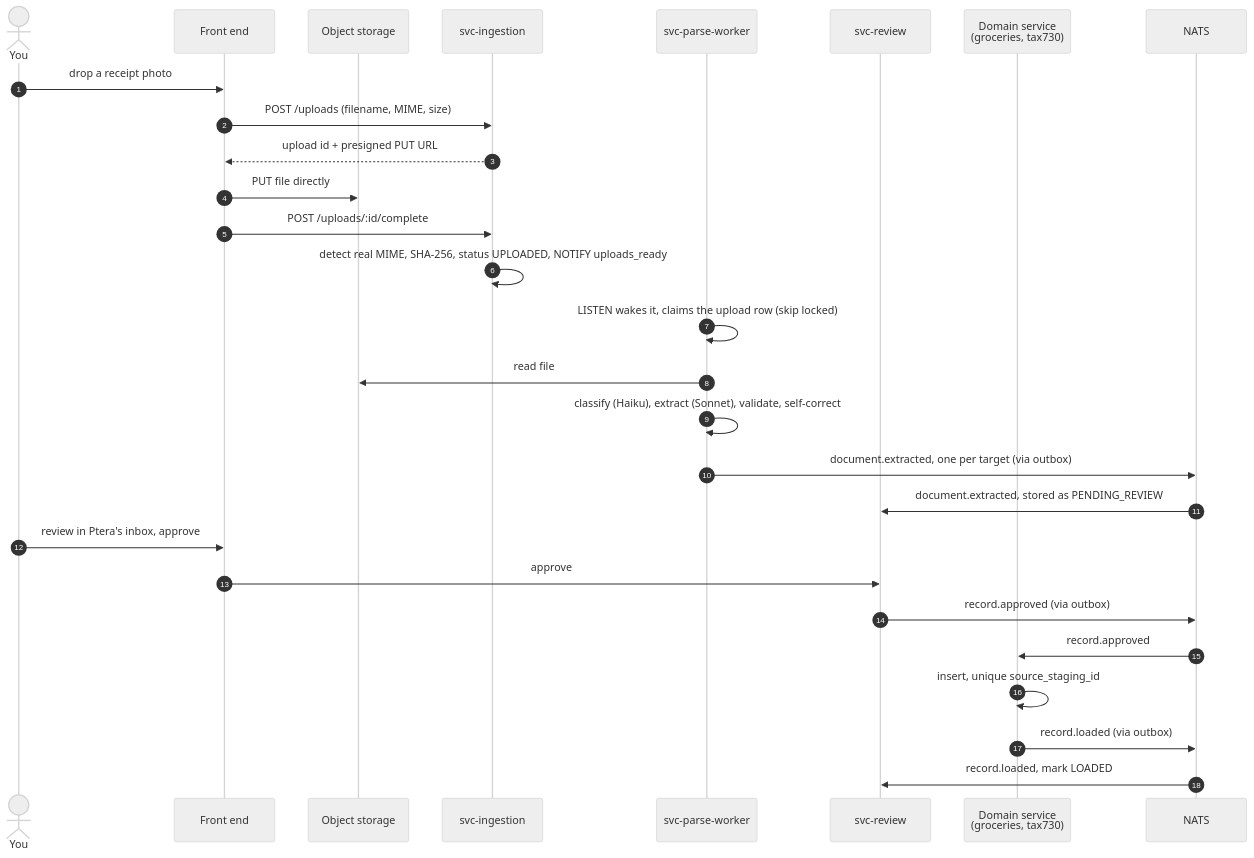
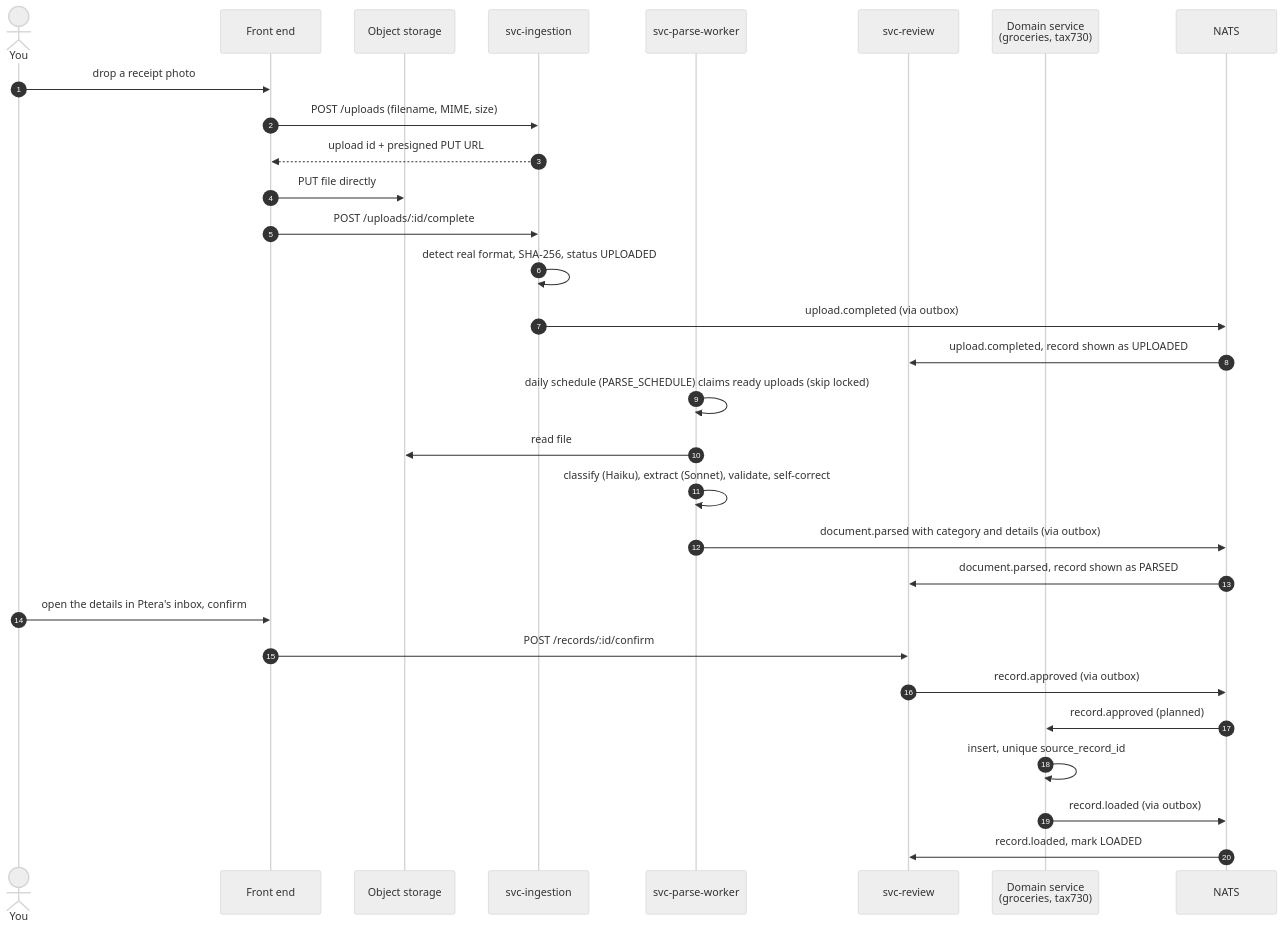
One commit to albertoscandolara/life-island changed the second of 2 diagrams in docs/overview.md. Above: the diagram before and after it, drawn with Mermaid (neutral theme). The commit also changed other lines of this file and 213 other files, not shown here.

````diff
--- a/docs/overview.md
+++ b/docs/overview.md
@@ -69,31 +69,33 @@
 ```mermaid
 sequenceDiagram
   autonumber
   actor You
   participant FE as Front end
   participant S3 as Object storage
   participant ING as svc-ingestion
   participant W as svc-parse-worker
   participant REV as svc-review
   participant DOM as Domain service<br/>(groceries, tax730)
   participant N as NATS
 
   You->>FE: drop a receipt photo
   FE->>ING: POST /uploads (filename, MIME, size)
   ING-->>FE: upload id + presigned PUT URL
   FE->>S3: PUT file directly
   FE->>ING: POST /uploads/:id/complete
-  ING->>ING: detect real MIME, SHA-256, status UPLOADED, NOTIFY uploads_ready
-  W->>W: LISTEN wakes it, claims the upload row (skip locked)
+  ING->>ING: detect real format, SHA-256, status UPLOADED
+  ING->>N: upload.completed (via outbox)
+  N->>REV: upload.completed, record shown as UPLOADED
+  W->>W: daily schedule (PARSE_SCHEDULE) claims ready uploads (skip locked)
   W->>S3: read file
   W->>W: classify (Haiku), extract (Sonnet), validate, self-correct
-  W->>N: document.extracted, one per target (via outbox)
-  N->>REV: document.extracted, stored as PENDING_REVIEW
-  You->>FE: review in Ptera's inbox, approve
-  FE->>REV: approve
+  W->>N: document.parsed with category and details (via outbox)
+  N->>REV: document.parsed, record shown as PARSED
+  You->>FE: open the details in Ptera's inbox, confirm
+  FE->>REV: POST /records/:id/confirm
   REV->>N: record.approved (via outbox)
-  N->>DOM: record.approved
-  DOM->>DOM: insert, unique source_staging_id
+  N->>DOM: record.approved (planned)
+  DOM->>DOM: insert, unique source_record_id
   DOM->>N: record.loaded (via outbox)
   N->>REV: record.loaded, mark LOADED
 ```
````
